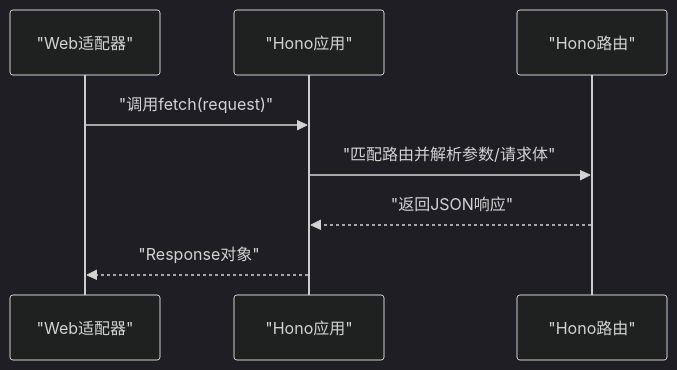
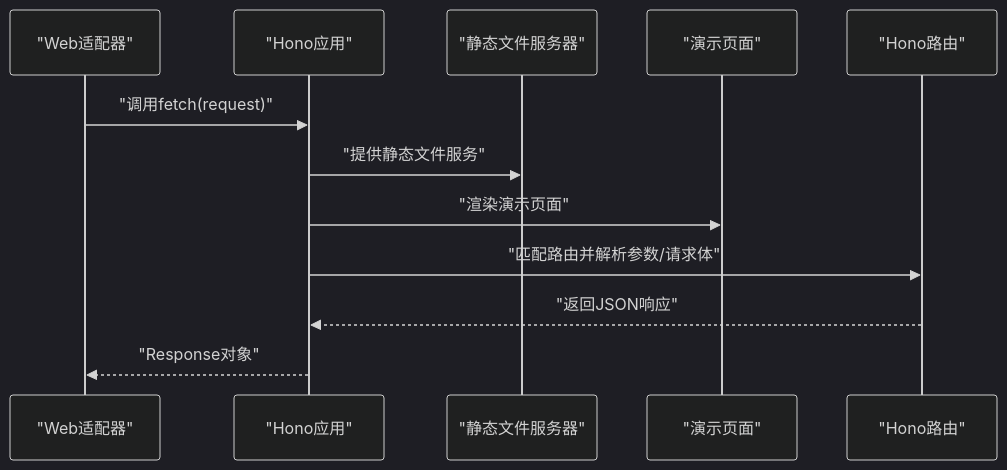
One commit to esa-sp/test-for-aone-ci changed the fourth of 7 diagrams in .qoder/repowiki/zh/content/后端框架测试/Koa、Hono、NestJS框架测试.md. Above: the diagram before and after it, drawn with Mermaid (dark theme). The commit also changed other lines of this file and 58 other files, not shown here.

````diff
--- a/.qoder/repowiki/zh/content/后端框架测试/Koa、Hono、NestJS框架测试.md
+++ b/.qoder/repowiki/zh/content/后端框架测试/Koa、Hono、NestJS框架测试.md
@@ -196,10 +263,14 @@
 ```mermaid
 sequenceDiagram
 participant Adapter as "Web适配器"
 participant HonoApp as "Hono应用"
+participant StaticServer as "静态文件服务器"
+participant DemoPage as "演示页面"
 participant Router as "Hono路由"
 Adapter->>HonoApp : "调用fetch(request)"
+HonoApp->>StaticServer : "提供静态文件服务"
+HonoApp->>DemoPage : "渲染演示页面"
 HonoApp->>Router : "匹配路由并解析参数/请求体"
 Router-->>HonoApp : "返回JSON响应"
 HonoApp-->>Adapter : "Response对象"
 ```
````
